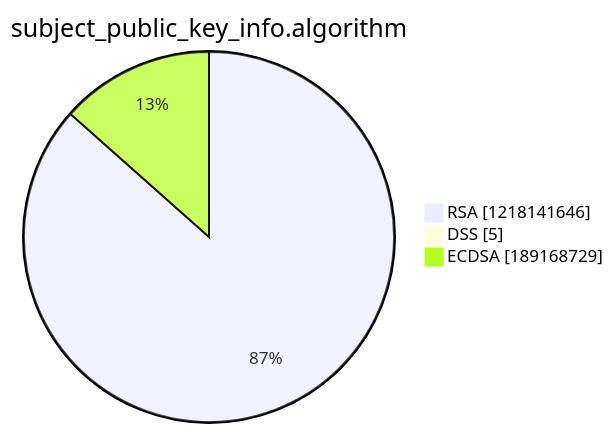
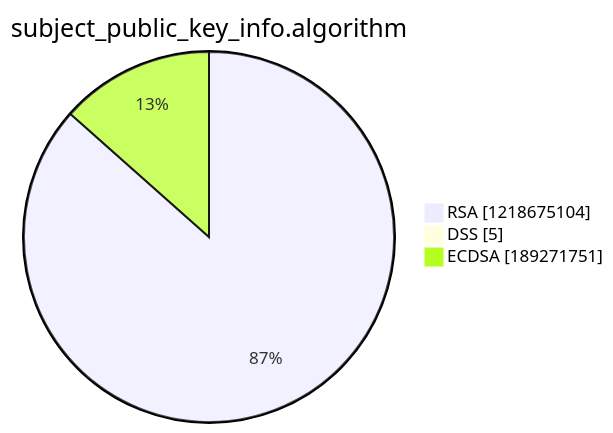
Before and after one commit to christiankrug/ctmonitor_visualization: the third of 15 diagrams in argon2022/README.md, drawn with Mermaid. The commit also changed other lines of this file, not shown here.

````diff
--- a/argon2022/README.md
+++ b/argon2022/README.md
@@ -14,7 +14,7 @@
 ```mermaid
 pie showData
 title subject_public_key_info.algorithm
-"RSA" :1218141646
+"RSA" :1218675104
 "DSS" :5
-"ECDSA" :189168729
+"ECDSA" :189271751
 ```
````
